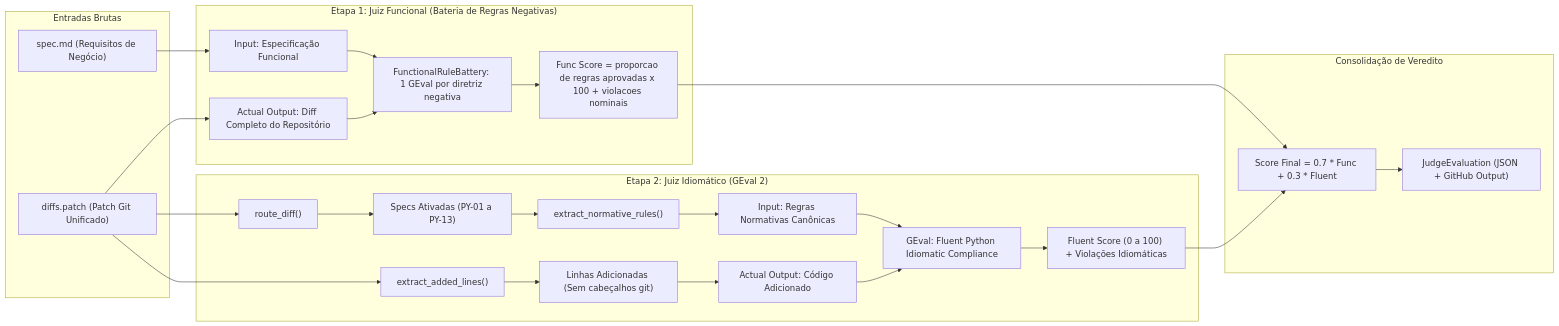
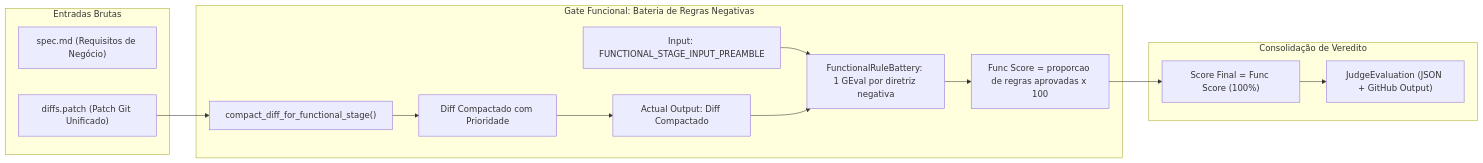
The second of 3 diagrams in docs/architecture/code-evaluation-flow.md (eduardosan/harness-state), drawn with Mermaid before and after one commit. The commit also changed other lines of this file and 3 other files, not shown here.

````diff
--- a/docs/architecture/code-evaluation-flow.md
+++ b/docs/architecture/code-evaluation-flow.md
@@ -95,32 +87,21 @@
 ```mermaid
 flowchart LR
     subgraph Inputs ["Entradas Brutas"]
         SpecDoc["spec.md (Requisitos de Negócio)"]
         DiffPatch["diffs.patch (Patch Git Unificado)"]
     end
 
-    subgraph Stage1Pipeline ["Etapa 1: Juiz Funcional (Bateria de Regras Negativas)"]
-        SpecDoc --> Prompt1In["Input: Especificação Funcional"]
-        DiffPatch --> Prompt1Out["Actual Output: Diff Completo do Repositório"]
+    subgraph Stage1Pipeline ["Gate Funcional: Bateria de Regras Negativas"]
+        DiffPatch --> Compactor["compact_diff_for_functional_stage()"]
+        Compactor --> CompactDiff["Diff Compactado com Prioridade"]
+        Prompt1In["Input: FUNCTIONAL_STAGE_INPUT_PREAMBLE"]
+        CompactDiff --> Prompt1Out["Actual Output: Diff Compactado"]
         Prompt1In & Prompt1Out --> GEvalFunc["FunctionalRuleBattery: 1 GEval por diretriz negativa"]
-        GEvalFunc --> FuncScore["Func Score = proporcao de regras aprovadas x 100 + violacoes nominais"]
-    end
-
-    subgraph Stage2Pipeline ["Etapa 2: Juiz Idiomático (GEval 2)"]
-        DiffPatch --> Extractor["extract_added_lines()"]
-        Extractor --> AddedOnly["Linhas Adicionadas (Sem cabeçalhos git)"]
-        DiffPatch --> Router["route_diff()"]
-        Router --> ActivatedSpecs["Specs Ativadas (PY-01 a PY-13)"]
-        ActivatedSpecs --> NormRules["extract_normative_rules()"]
-        NormRules --> Prompt2In["Input: Regras Normativas Canônicas"]
-        AddedOnly --> Prompt2Out["Actual Output: Código Adicionado"]
-        Prompt2In & Prompt2Out --> GEvalFluent["GEval: Fluent Python Idiomatic Compliance"]
-        GEvalFluent --> FluentScore["Fluent Score (0 a 100) + Violações Idiomáticas"]
+        GEvalFunc --> FuncScore["Func Score = proporcao de regras aprovadas x 100"]
     end
 
     subgraph Consolidation ["Consolidação de Veredito"]
-        FuncScore --> WeightedCalc["Score Final = 0.7 * Func + 0.3 * Fluent"]
-        FluentScore --> WeightedCalc
-        WeightedCalc --> EvaluationResult["JudgeEvaluation (JSON + GitHub Output)"]
+        FuncScore --> FinalCalc["Score Final = Func Score (100%)"]
+        FinalCalc --> EvaluationResult["JudgeEvaluation (JSON + GitHub Output)"]
     end
 ```
````
